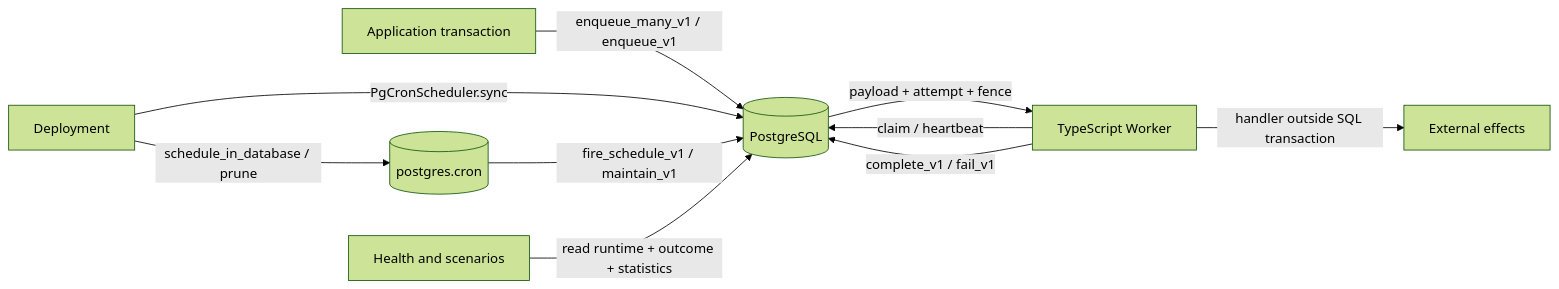
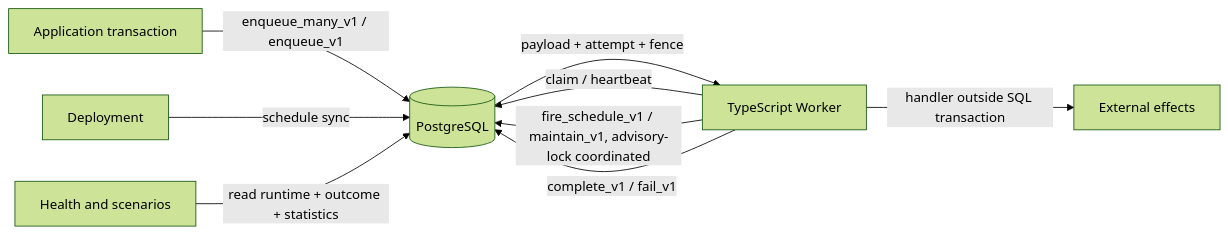
The first of 3 diagrams in docs/architecture.md (stablemates/workhorse), drawn with Mermaid (forest theme) before and after one commit. The commit also changed other lines of this file and 9 other files, not shown here.

First line of the commit message:
docs: replace pg_cron with worker-owned in-process scheduler

````diff
--- a/docs/architecture.md
+++ b/docs/architecture.md
@@ -18,12 +18,11 @@
 ```mermaid
 flowchart LR
   App[Application transaction] -->|enqueue_many_v1 / enqueue_v1| PG[(PostgreSQL)]
-  Deploy[Deployment] -->|PgCronScheduler.sync| PG
-  Deploy -->|schedule_in_database / prune| Cron[(postgres.cron)]
-  Cron -->|fire_schedule_v1 / maintain_v1| PG
+  Deploy[Deployment] -->|schedule sync| PG
   Worker[TypeScript Worker] -->|claim / heartbeat| PG
+  Worker -->|fire_schedule_v1 / maintain_v1, advisory-lock coordinated| PG
   PG -->|payload + attempt + fence| Worker
   Worker -->|handler outside SQL transaction| Effects[External effects]
   Worker -->|complete_v1 / fail_v1| PG
   Health[Health and scenarios] -->|read runtime + outcome + statistics| PG
 ```
````
